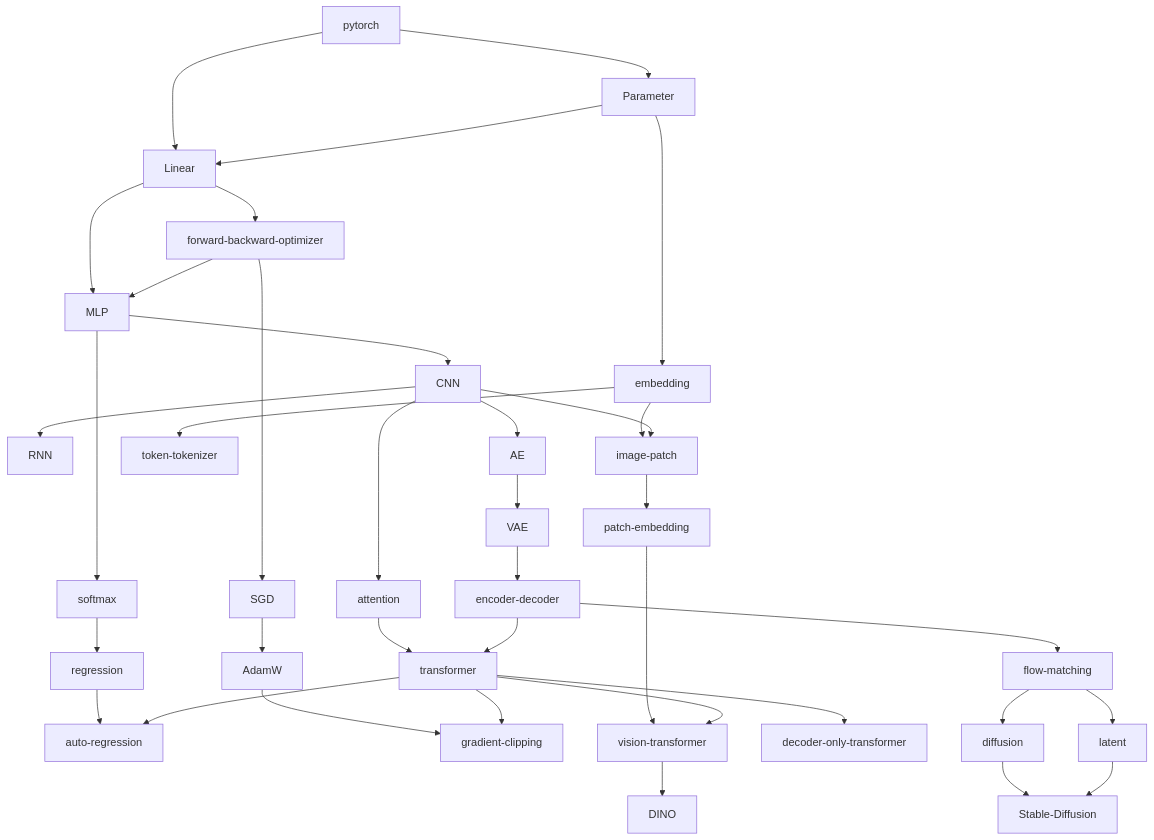
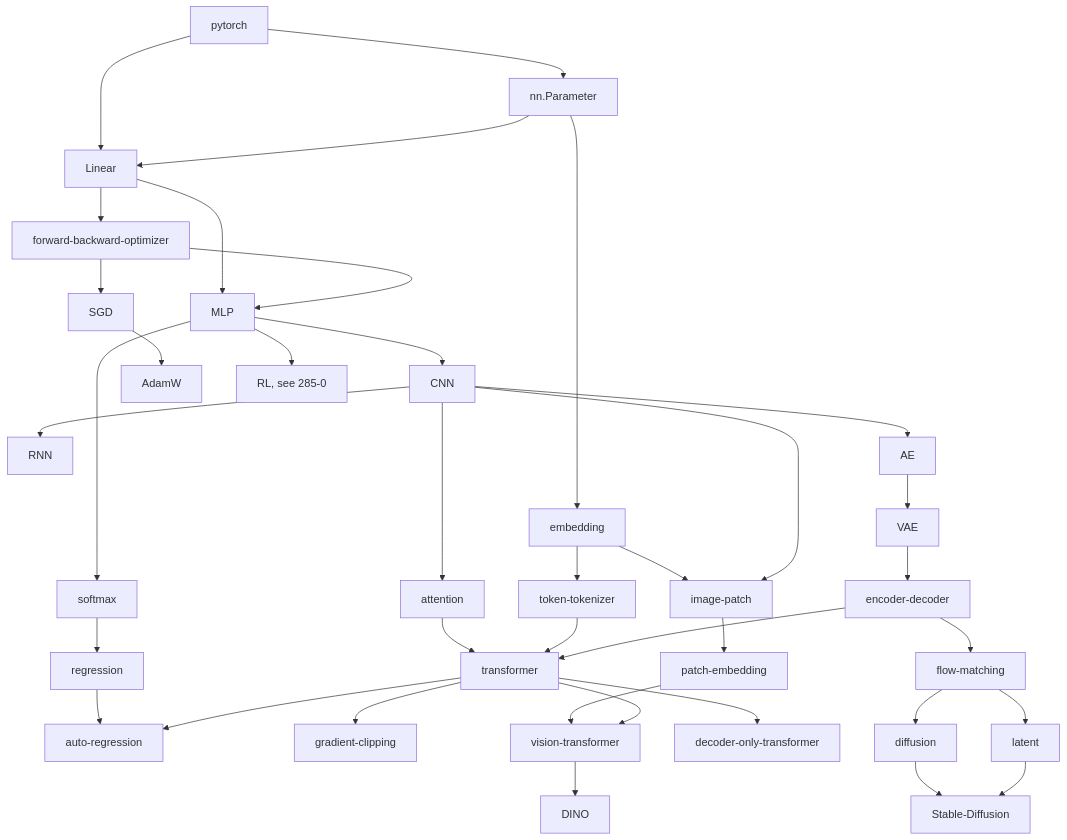
The first of 2 diagrams in 26/09/lets-establish-a-common-language.md (julyfun/how-to), drawn with Mermaid before and after one commit. The commit also changed 1 other file, not shown here.

Commit message:
M 240730-摸鱼日志.md | M 26/09/lets-establish-a-common-language.md

````diff
--- a/26/09/lets-establish-a-common-language.md
+++ b/26/09/lets-establish-a-common-language.md
@@ -11,19 +11,19 @@
 ```mermaid
 flowchart TD
   pytorch --> Linear --> MLP --> CNN --> RNN
   MLP --> softmax --> regression --> auto-regression
   Linear --> forward-backward-optimizer --> MLP & SGD
-  SGD --> AdamW --> gradient-clipping
+  SGD --> AdamW
+  MLP --> RL[RL, see 285-0]
   transformer --> gradient-clipping
-  Parameter --> embedding --> image-patch
+  nn.Parameter --> embedding --> image-patch
   CNN --> image-patch --> patch-embedding --> vision-transformer
-  pytorch --> Parameter --> Linear
+  pytorch --> nn.Parameter --> Linear
   CNN --> attention --> transformer --> vision-transformer --> DINO
-  embedding --> token-tokenizer
-  transformer --> decoder-only-transformer
+  embedding --> token-tokenizer --> transformer --> decoder-only-transformer
   encoder-decoder --> transformer
   transformer --> auto-regression
   CNN --> AE --> VAE --> encoder-decoder --> flow-matching --> diffusion
   flow-matching --> latent
   diffusion & latent --> Stable-Diffusion
 ```
````
